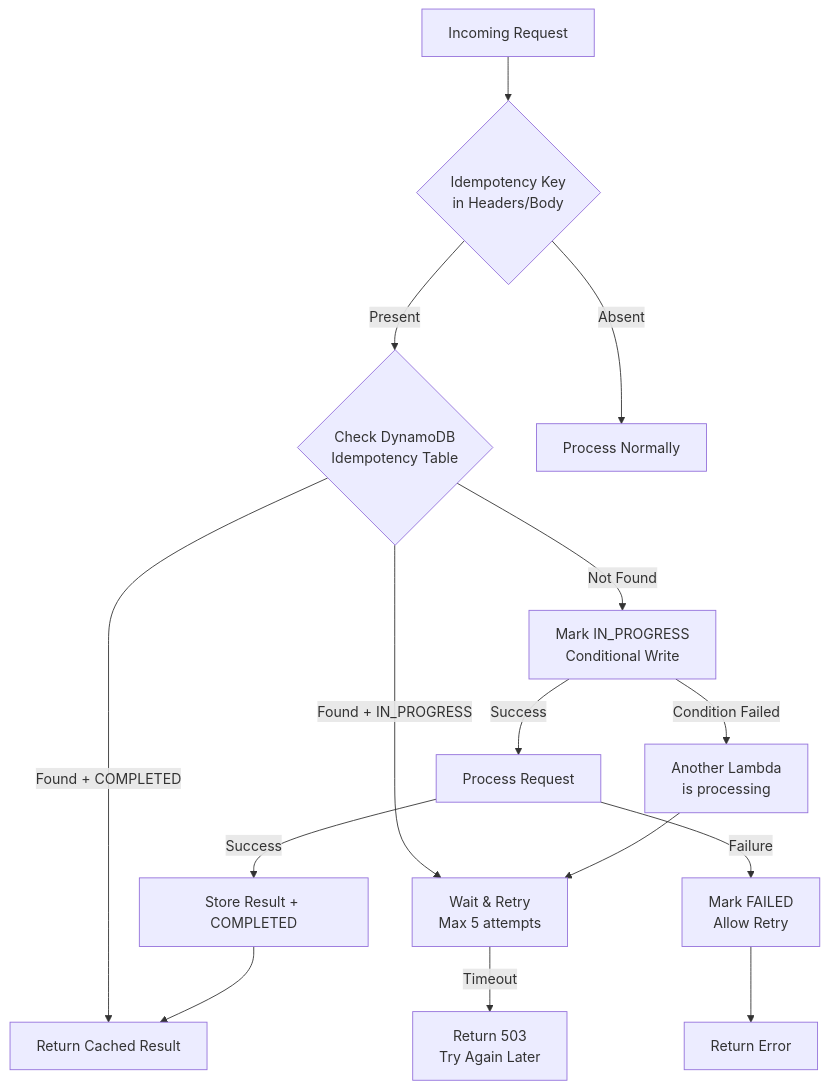
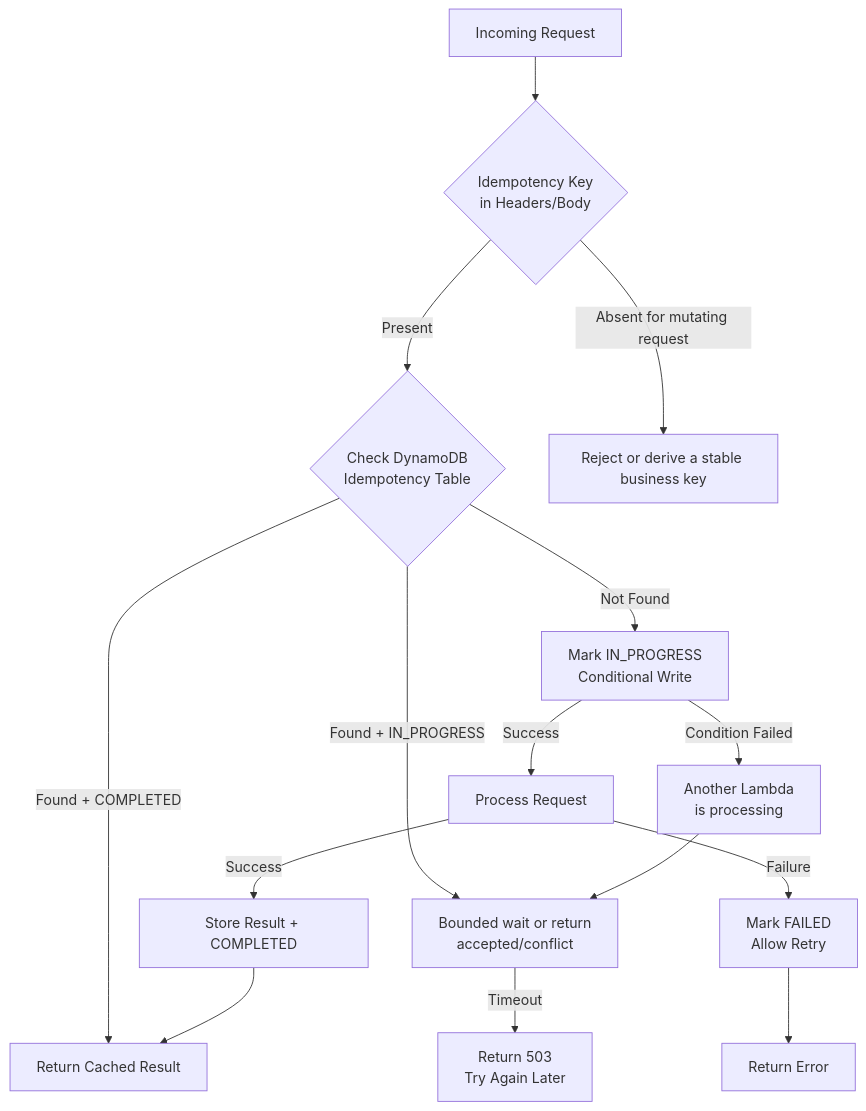
Before and after one commit to AlexanderBesss/AWS_best_praactices: the fourth of 7 diagrams in Design/03-error-handling-patterns.md, drawn with Mermaid. The commit also changed other lines of this file and 31 other files, not shown here.

````diff
--- a/Design/03-error-handling-patterns.md
+++ b/Design/03-error-handling-patterns.md
@@ -245,21 +247,21 @@
 ```mermaid
 graph TB
     A[Incoming Request] --> B{Idempotency Key<br/>in Headers/Body}
     B -->|Present| C{Check DynamoDB<br/>Idempotency Table}
-    B -->|Absent| D[Process Normally]
+    B -->|Absent for mutating request| D[Reject or derive a stable business key]
     
     C -->|Found + COMPLETED| E[Return Cached Result]
-    C -->|Found + IN_PROGRESS| F[Wait & Retry<br/>Max 5 attempts]
+    C -->|Found + IN_PROGRESS| F[Bounded wait or return<br/>accepted/conflict]
     C -->|Not Found| G[Mark IN_PROGRESS<br/>Conditional Write]
     
     G -->|Success| H[Process Request]
     G -->|Condition Failed| I[Another Lambda<br/>is processing]
     I --> F
     
     H -->|Success| J[Store Result + COMPLETED]
     H -->|Failure| K[Mark FAILED<br/>Allow Retry]
     K --> L[Return Error]
     
     J --> E
     F -->|Timeout| M[Return 503<br/>Try Again Later]
 ```
````
